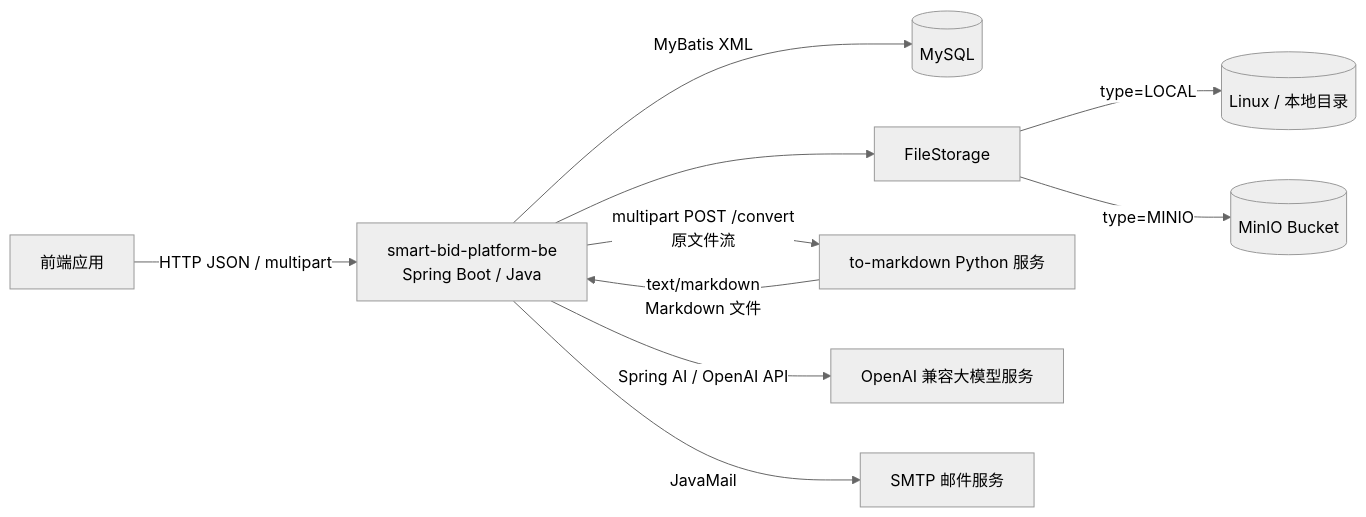
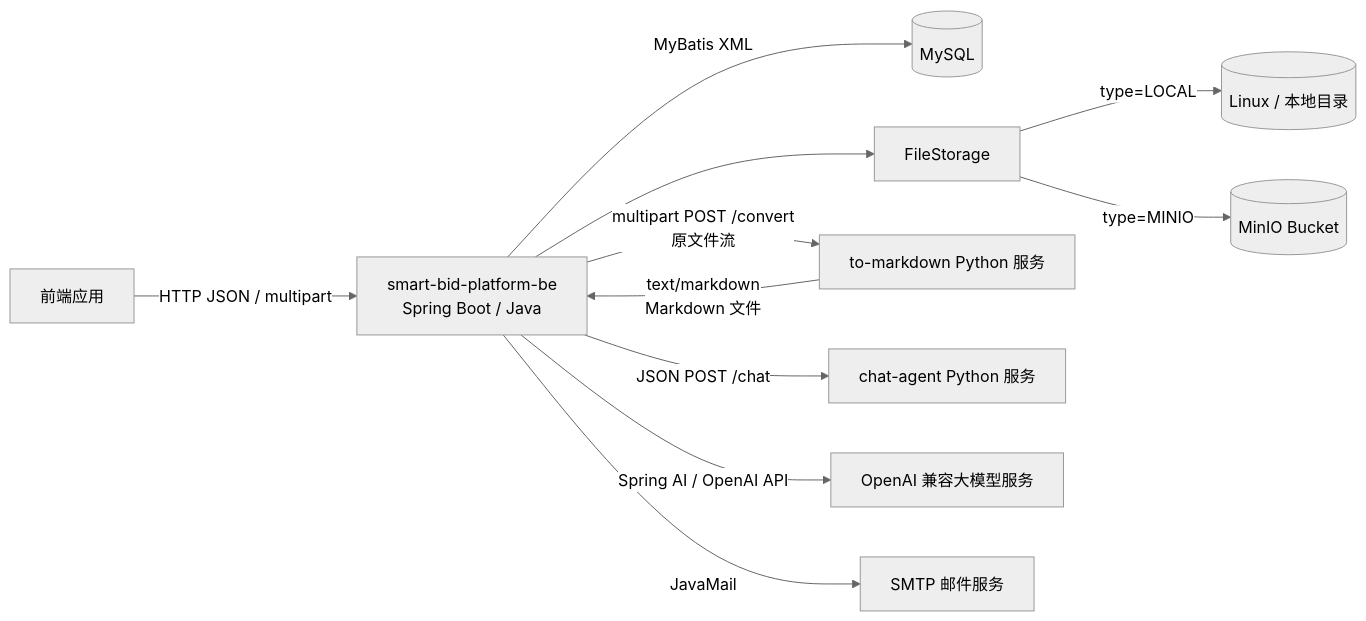
Before and after one commit to Jianshi-Lu/smart-bid-platform-be: the first of 10 diagrams in docs/architecture.md, drawn with Mermaid (neutral theme). The commit also changed other lines of this file and 44 other files, not shown here.

First line of the commit message:
feat(平台接入): 打通 chat-agent 问答与知识文件入库链路

````diff
--- a/docs/architecture.md
+++ b/docs/architecture.md
@@ -20,22 +20,24 @@
 ```mermaid
 flowchart LR
     FE["前端应用"]
     JAVA["smart-bid-platform-be<br/>Spring Boot / Java"]
     MYSQL[("MySQL")]
     STORE["FileStorage"]
     LOCAL[("Linux / 本地目录")]
     MINIO[("MinIO Bucket")]
     PY["to-markdown Python 服务"]
+    CHAT["chat-agent Python 服务"]
     LLM["OpenAI 兼容大模型服务"]
     SMTP["SMTP 邮件服务"]
 
     FE -->|"HTTP JSON / multipart"| JAVA
     JAVA -->|"MyBatis XML"| MYSQL
     JAVA --> STORE
     STORE -->|"type=LOCAL"| LOCAL
     STORE -->|"type=MINIO"| MINIO
     JAVA -->|"multipart POST /convert<br/>原文件流"| PY
     PY -->|"text/markdown<br/>Markdown 文件"| JAVA
+    JAVA -->|"JSON POST /chat"| CHAT
     JAVA -->|"Spring AI / OpenAI API"| LLM
     JAVA -->|"JavaMail"| SMTP
 ```
````
